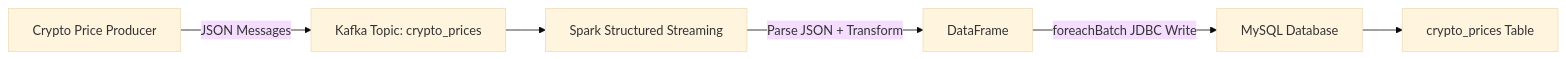
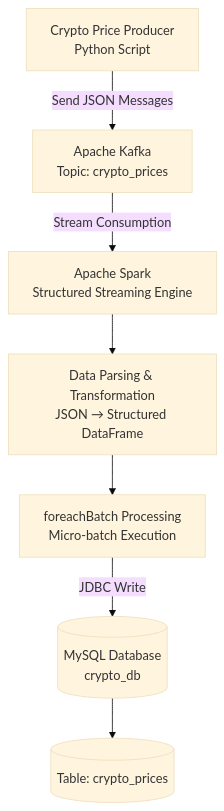
Before and after one commit to Aditya6709/Bitcoinvalue_analyser: the diagram in readme.md, drawn with Mermaid (base theme). The commit also changed other lines of this file, not shown here.

````diff
--- a/readme.md
+++ b/readme.md
@@ -1,8 +3,18 @@
 ```mermaid
-flowchart LR
-    A[Crypto Price Producer] -->|JSON Messages| B[Kafka Topic: crypto_prices]
-    B --> C[Spark Structured Streaming]
-    C -->|Parse JSON + Transform| D[DataFrame]
-    D -->|foreachBatch JDBC Write| E[MySQL Database]
-    E --> F[crypto_prices Table]
+flowchart TD
+
+    A[Crypto Price Producer<br/>Python Script] 
+    B[Apache Kafka<br/>Topic: crypto_prices]
+    C[Apache Spark<br/>Structured Streaming Engine]
+    D[Data Parsing & Transformation<br/>JSON → Structured DataFrame]
+    E[foreachBatch Processing<br/>Micro-batch Execution]
+    F[(MySQL Database<br/>crypto_db)]
+    G[(Table: crypto_prices)]
+
+    A -->|Send JSON Messages| B
+    B -->|Stream Consumption| C
+    C --> D
+    D --> E
+    E -->|JDBC Write| F
+    F --> G
 ```
````
